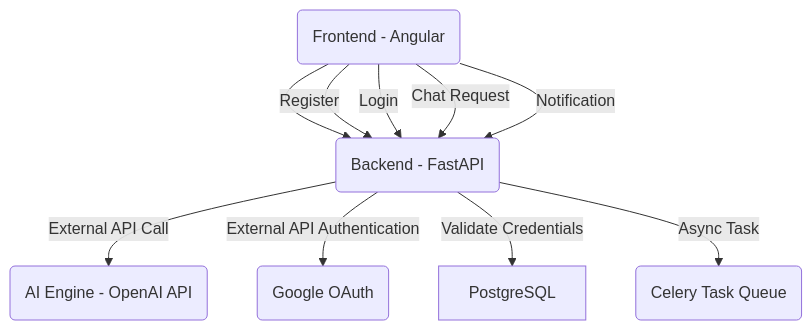
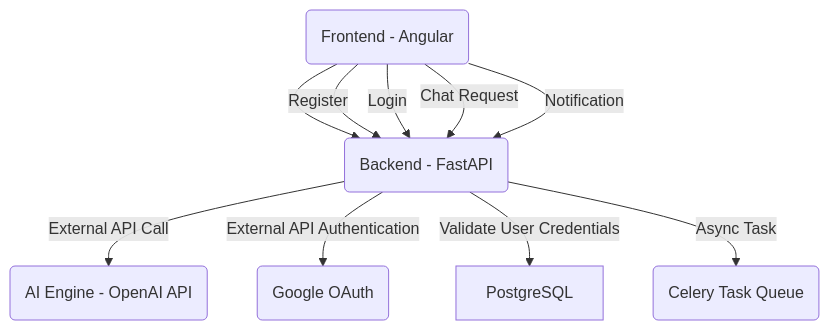
Before and after one commit to Joy-Ese/JayBank-Support-App: the diagram in mermaid.md, drawn with Mermaid.

````diff
--- a/mermaid.md
+++ b/mermaid.md
@@ -2,12 +2,12 @@
 ``` mermaid
 flowchart TD;
     FE("Frontend - Angular") --> BE("Backend - FastAPI")
     BE -->|External API Call| AI("AI Engine - OpenAI API")
     BE -->|External API Authentication| JWT("Google OAuth")
     FE -->|Register| BE
     FE -->|Login| BE
     FE -->|Chat Request| BE
     FE -->|Notification| BE
-    BE -->|Validate Credentials| Database["PostgreSQL"]
+    BE -->|Validate User Credentials| Database["PostgreSQL"]
     BE -->|Async Task| Queue("Celery Task Queue")
 ```
````
